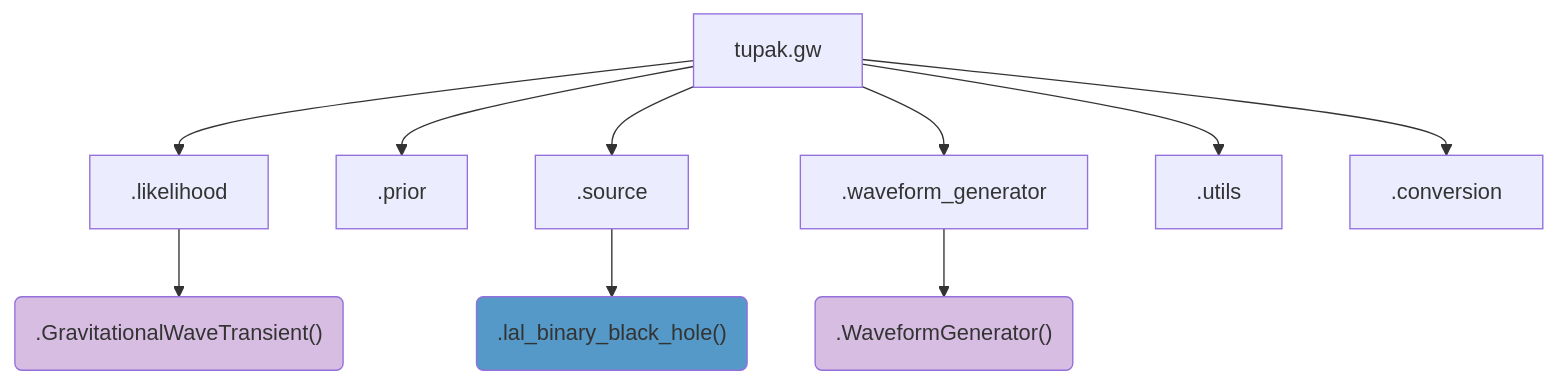
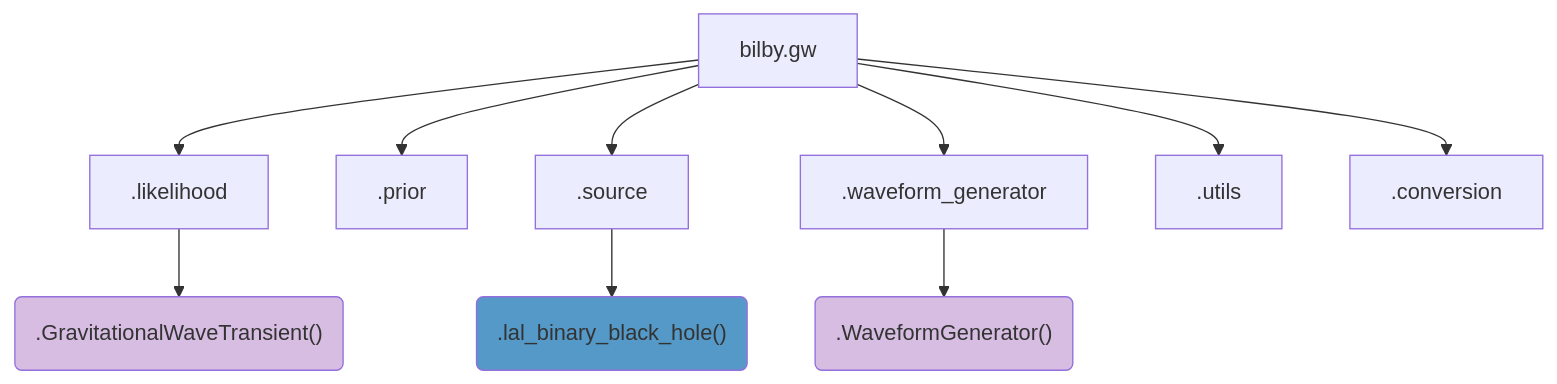
Before and after one commit to bilby-dev/bilby: the third of 6 diagrams in CONTRIBUTING.md, drawn with Mermaid. The commit also changed other lines of this file and 136 other files, not shown here.

Commit message:
Tupak is dead long live bilby

````diff
--- a/CONTRIBUTING.md
+++ b/CONTRIBUTING.md
@@ -207,16 +207,16 @@
 ```mermaid
 graph TD
-gw[tupak.gw] --> gw_likelihood[.likelihood]
+gw[bilby.gw] --> gw_likelihood[.likelihood]
 gw --> gw_prior[.prior]
 gw --> gw_source[.source]
 gw --> gw_waveform_generator[.waveform_generator]
 gw --> gw_utils[.utils]
 gw --> gw_conversion[.conversion]
 
 gw_likelihood --> GravitationalWaveTransient(".GravitationalWaveTransient()")
 style GravitationalWaveTransient fill:#D7BDE2
 gw_source --> lal_bbh(".lal_binary_black_hole()")
 style lal_bbh fill:#5499C7
 gw_waveform_generator--> WaveformGenerator(".WaveformGenerator()")
 style WaveformGenerator fill:#D7BDE2
 ```
````
